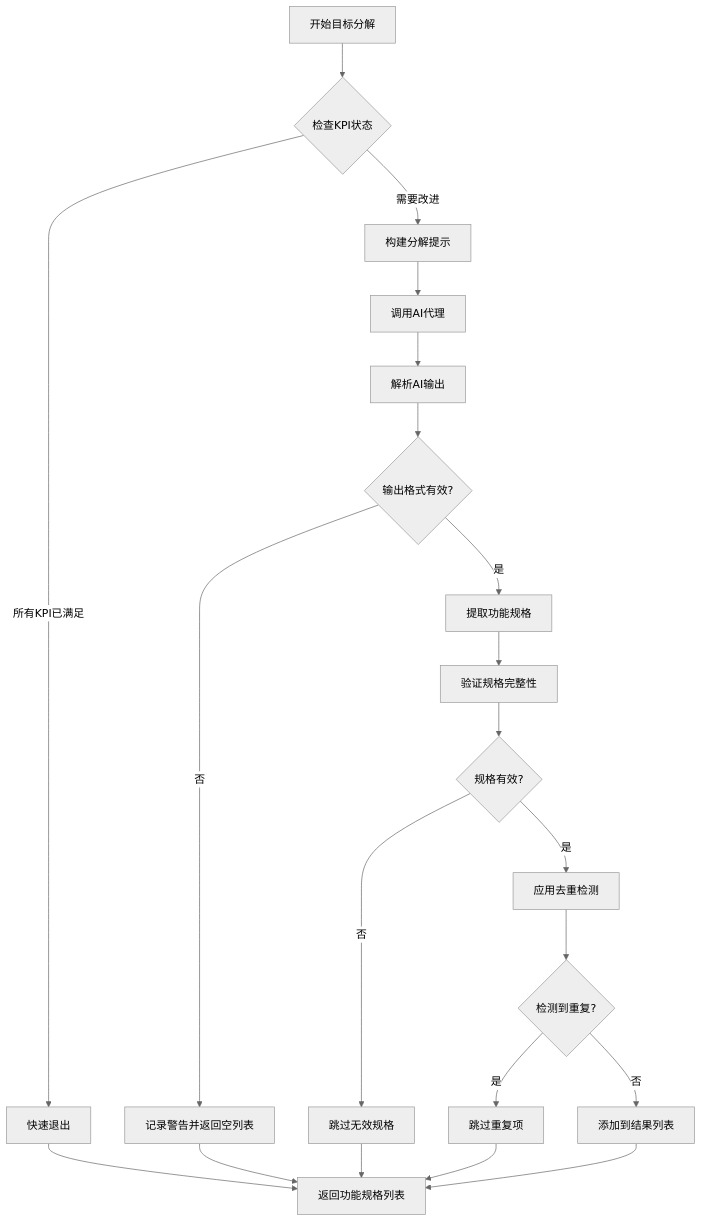
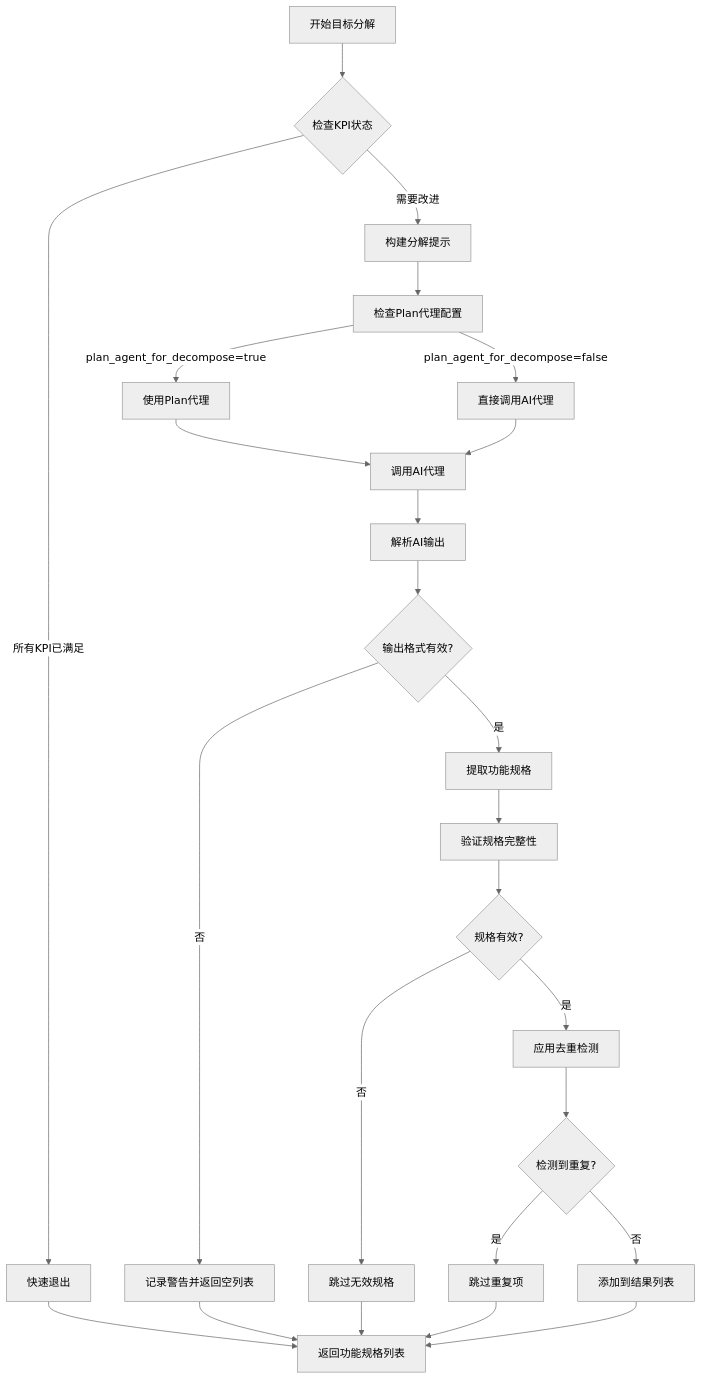
The fifth of 8 diagrams in .qoder/repowiki/zh/content/技术实现参考/自动目标分解功能.md (pinsonchen/vivify), drawn with Mermaid (neutral theme) before and after one commit. The commit also changed other lines of this file and 9 other files, not shown here.

````diff
--- a/.qoder/repowiki/zh/content/技术实现参考/自动目标分解功能.md
+++ b/.qoder/repowiki/zh/content/技术实现参考/自动目标分解功能.md
@@ -205,23 +227,27 @@
 ```mermaid
 flowchart TD
 A[开始目标分解] --> B{检查KPI状态}
 B --> |所有KPI已满足| C[快速退出]
 B --> |需要改进| D[构建分解提示]
-D --> E[调用AI代理]
-E --> F[解析AI输出]
-F --> G{输出格式有效?}
-G --> |否| H[记录警告并返回空列表]
-G --> |是| I[提取功能规格]
-I --> J[验证规格完整性]
-J --> K{规格有效?}
-K --> |否| L[跳过无效规格]
-K --> |是| M[应用去重检测]
-M --> N{检测到重复?}
-N --> |是| O[跳过重复项]
-N --> |否| P[添加到结果列表]
-P --> Q[返回功能规格列表]
-L --> Q
-O --> Q
-H --> Q
-C --> Q
+D --> E[检查Plan代理配置]
+E --> |plan_agent_for_decompose=true| F[使用Plan代理]
+E --> |plan_agent_for_decompose=false| G[直接调用AI代理]
+F --> H[调用AI代理]
+G --> H
+H --> I[解析AI输出]
+I --> J{输出格式有效?}
+J --> |否| K[记录警告并返回空列表]
+J --> |是| L[提取功能规格]
+L --> M[验证规格完整性]
+M --> N{规格有效?}
+N --> |否| O[跳过无效规格]
+N --> |是| P[应用去重检测]
+P --> Q{检测到重复?}
+Q --> |是| R[跳过重复项]
+Q --> |否| S[添加到结果列表]
+S --> T[返回功能规格列表]
+O --> T
+R --> T
+K --> T
+C --> T
 ```
````
